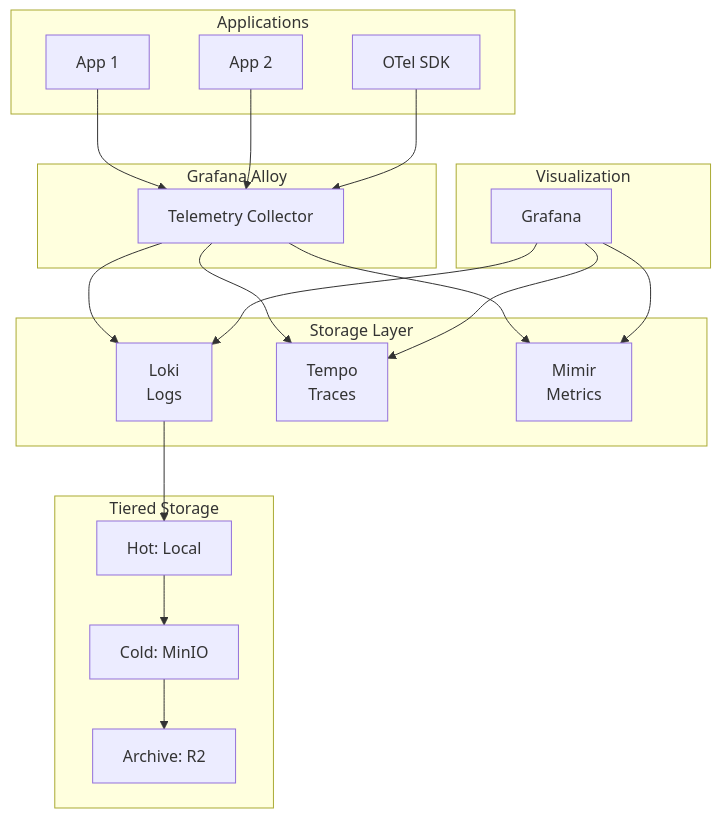
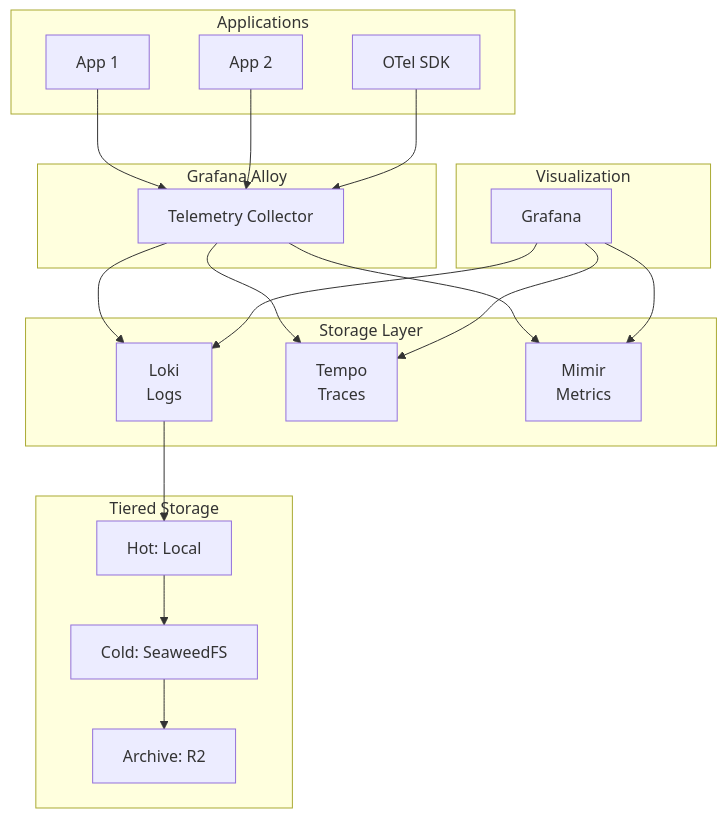
One commit to openova-io/openova changed the first of 3 diagrams in platform/grafana/README.md. Above: the diagram before and after it, drawn with Mermaid. The commit also changed other lines of this file and 31 other files, not shown here.

First line of the commit message:
docs(seaweedfs+guacamole): replace MinIO with SeaweedFS as unified S3 encapsulation; add Guacamole to bp-relay

````diff
--- a/platform/grafana/README.md
+++ b/platform/grafana/README.md
@@ -22,41 +22,41 @@
 ```mermaid
 flowchart TB
     subgraph Apps["Applications"]
         App1[App 1]
         App2[App 2]
         OTel[OTel SDK]
     end
 
     subgraph Alloy["Grafana Alloy"]
         Collector[Telemetry Collector]
     end
 
     subgraph Storage["Storage Layer"]
         Loki[Loki<br/>Logs]
         Tempo[Tempo<br/>Traces]
         Mimir[Mimir<br/>Metrics]
     end
 
     subgraph Tier["Tiered Storage"]
         Hot[Hot: Local]
-        Cold[Cold: MinIO]
+        Cold[Cold: SeaweedFS]
         Archive[Archive: R2]
     end
 
     subgraph UI["Visualization"]
         Grafana[Grafana]
     end
 
     App1 --> Collector
     App2 --> Collector
     OTel --> Collector
     Collector --> Loki
     Collector --> Tempo
     Collector --> Mimir
     Loki --> Hot
     Hot --> Cold
     Cold --> Archive
     Grafana --> Loki
     Grafana --> Tempo
     Grafana --> Mimir
 ```
````
